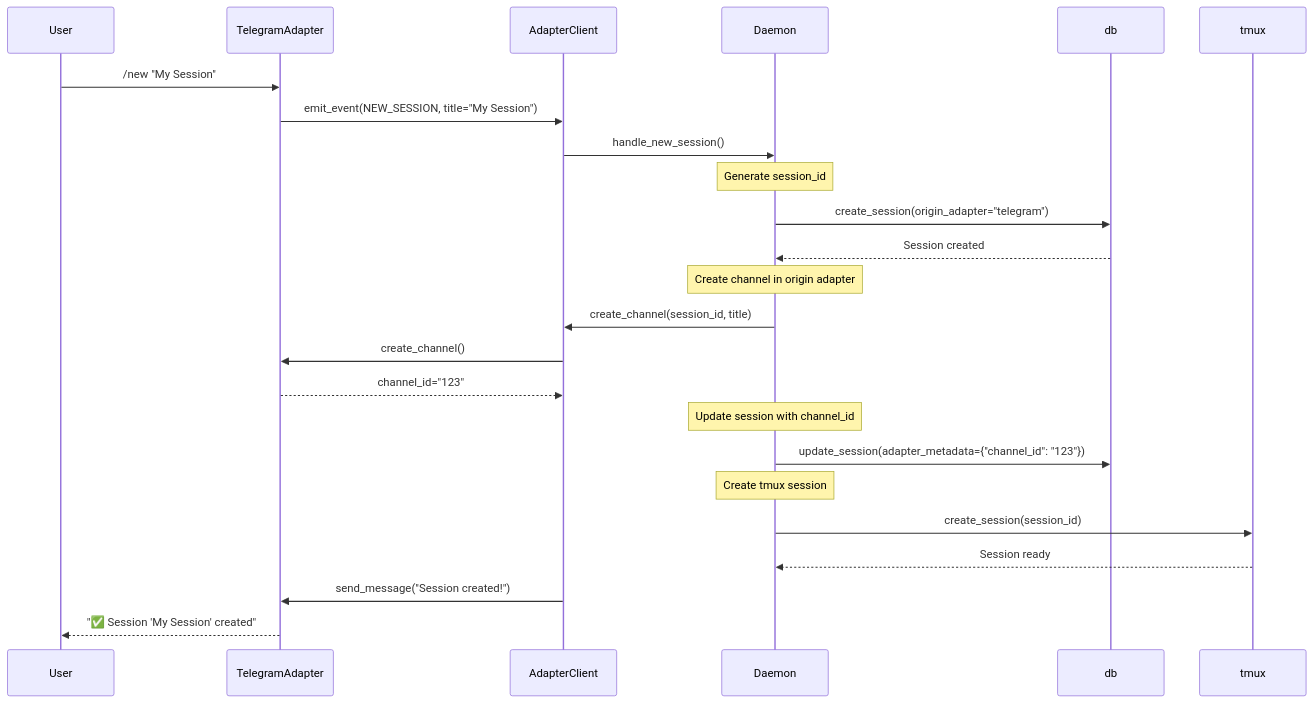
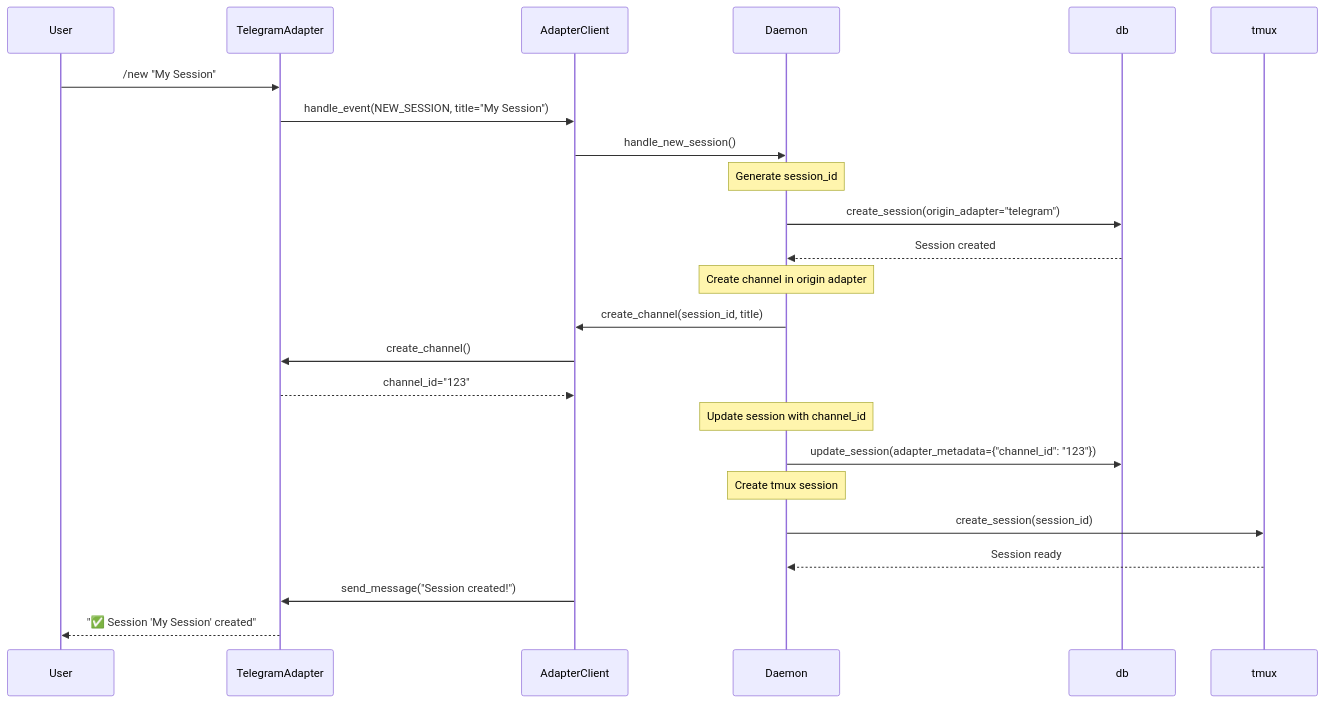
The first of 14 diagrams in docs/use_cases.md (InstruktAI/TeleClaude), drawn with Mermaid before and after one commit. The commit also changed other lines of this file and 22 other files, not shown here.

````diff
--- a/docs/use_cases.md
+++ b/docs/use_cases.md
@@ -31,32 +31,32 @@
 ```mermaid
 sequenceDiagram
     participant User
     participant TG as TelegramAdapter
     participant Client as AdapterClient
     participant Daemon
     participant DB as db
     participant tmux
 
     User->>TG: /new "My Session"
-    TG->>Client: emit_event(NEW_SESSION, title="My Session")
+    TG->>Client: handle_event(NEW_SESSION, title="My Session")
     Client->>Daemon: handle_new_session()
 
     Note over Daemon: Generate session_id
     Daemon->>DB: create_session(origin_adapter="telegram")
     DB-->>Daemon: Session created
 
     Note over Daemon: Create channel in origin adapter
     Daemon->>Client: create_channel(session_id, title)
     Client->>TG: create_channel()
     TG-->>Client: channel_id="123"
 
     Note over Daemon: Update session with channel_id
     Daemon->>DB: update_session(adapter_metadata={"channel_id": "123"})
 
     Note over Daemon: Create tmux session
     Daemon->>tmux: create_session(session_id)
     tmux-->>Daemon: Session ready
 
     Client->>TG: send_message("Session created!")
     TG-->>User: "✅ Session 'My Session' created"
 ```
````
